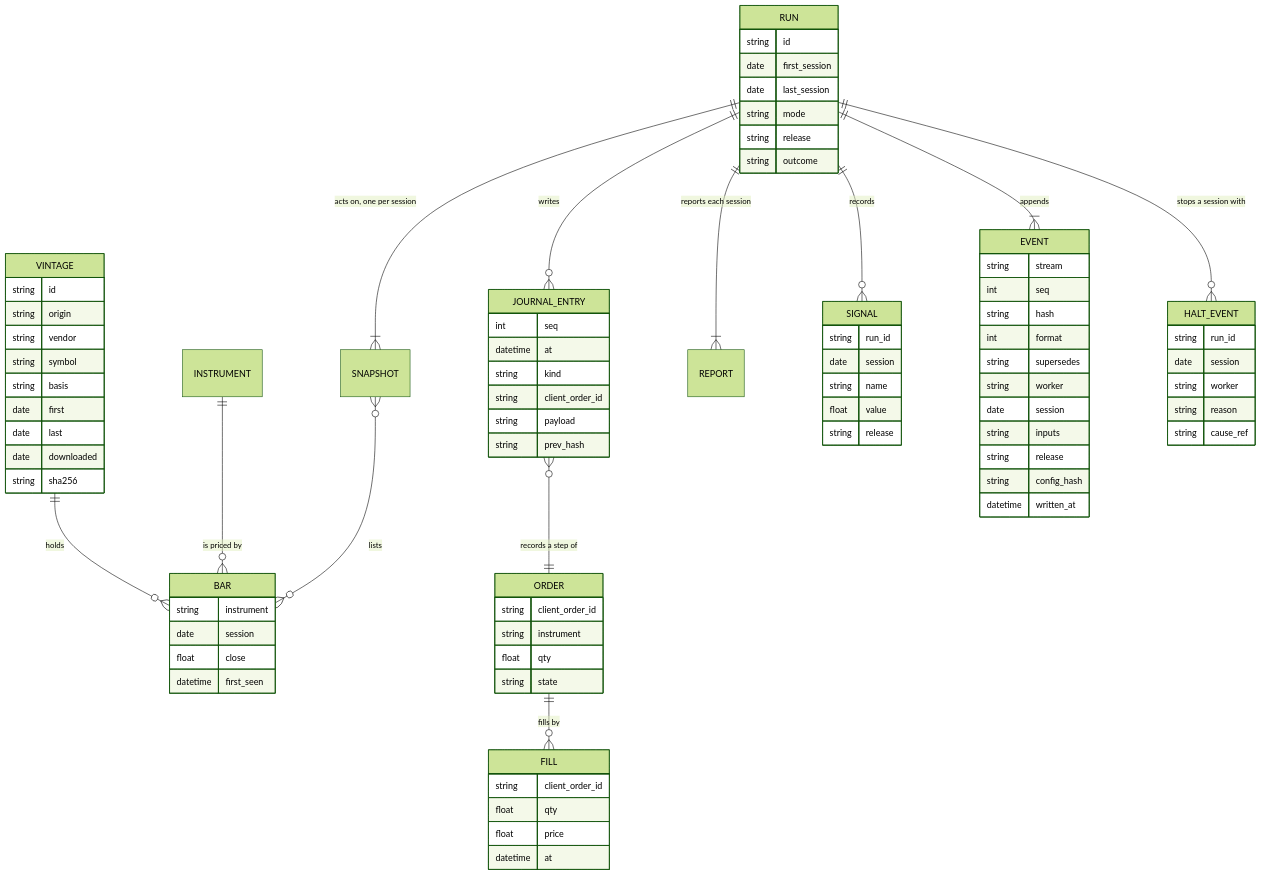
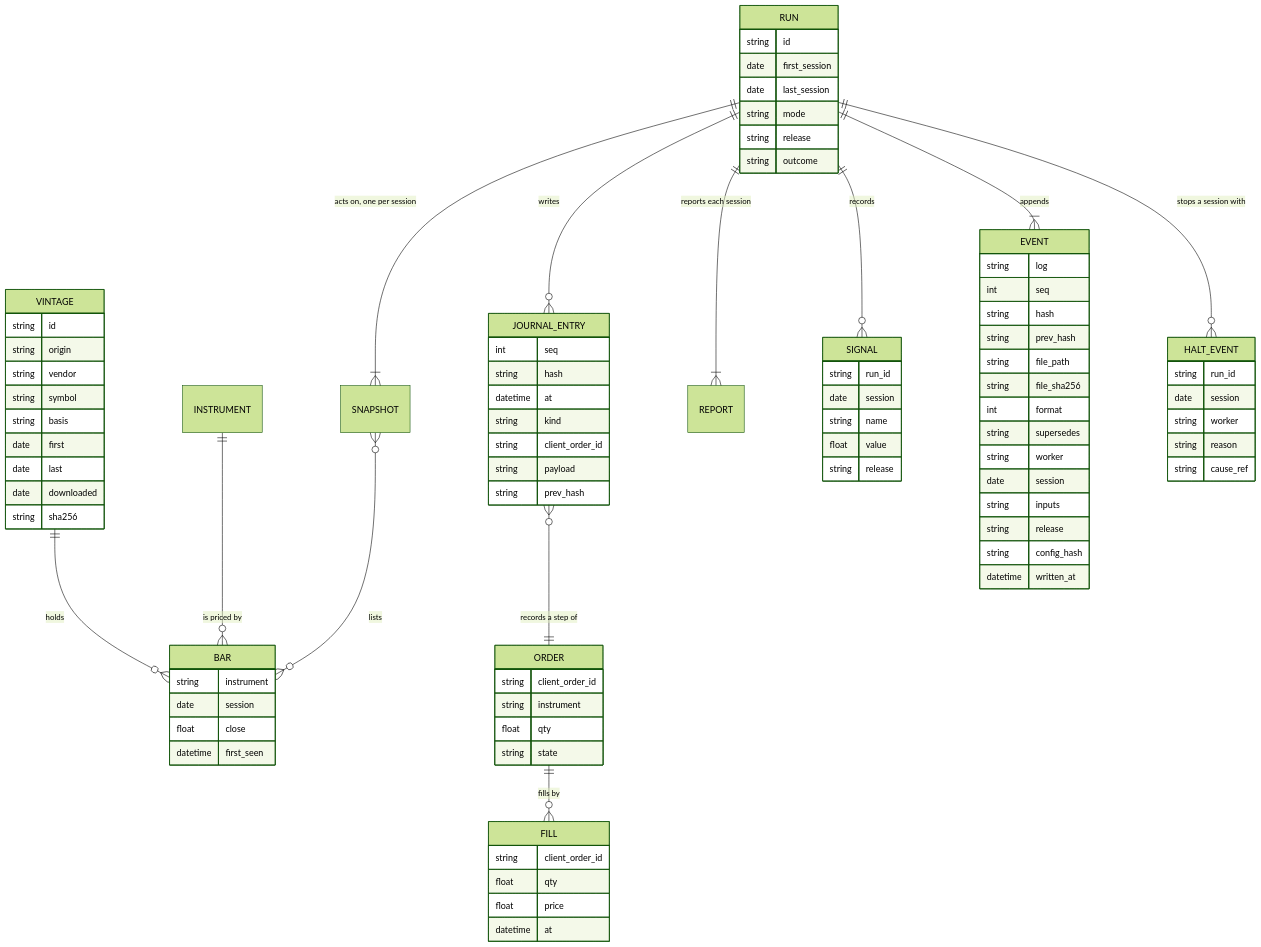
One commit to l3a0/ithildin-runtime changed diagram 14 of 16 in docs/architecture.md. Above: the diagram before and after it, drawn with Mermaid (forest theme). The commit also changed other lines of this file and 1 other file, not shown here.

```diff
--- a/docs/architecture.md
+++ b/docs/architecture.md
@@ -1273,9 +1282,12 @@
         string release
     }
     EVENT {
-        string stream
+        string log
         int seq
         string hash
+        string prev_hash
+        string file_path
+        string file_sha256
         int format
         string supersedes
         string worker
@@ -1294,6 +1306,7 @@
     }
     JOURNAL_ENTRY {
         int seq
+        string hash
         datetime at
         string kind
         string client_order_id
```
